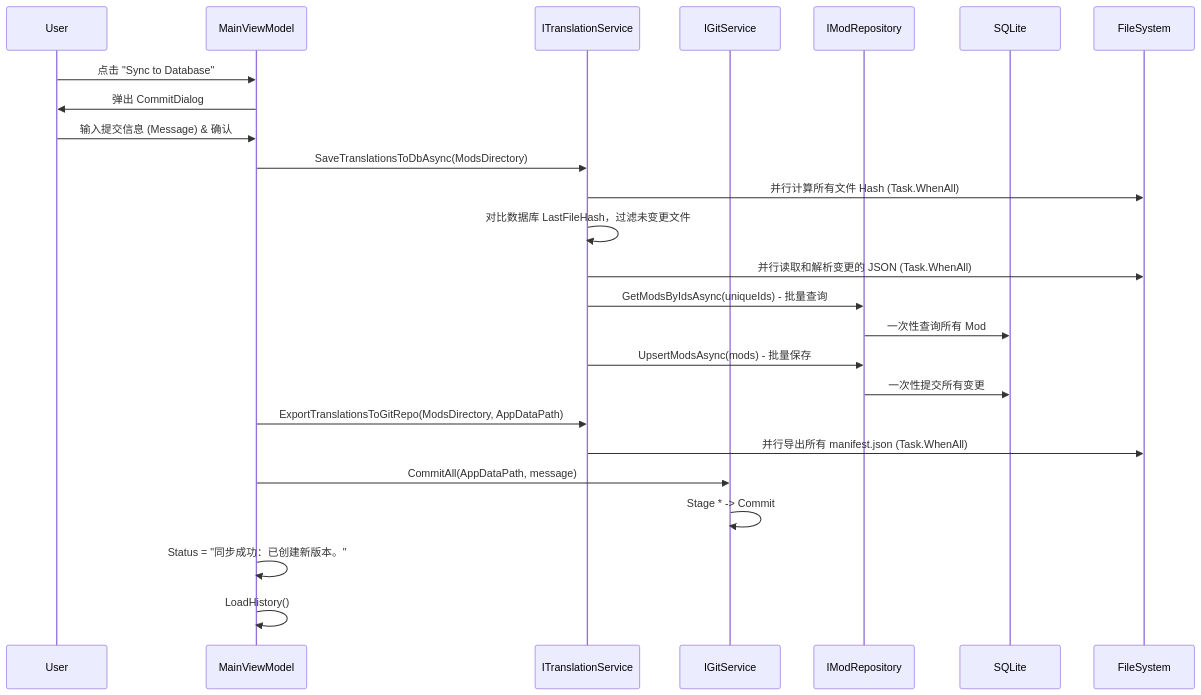
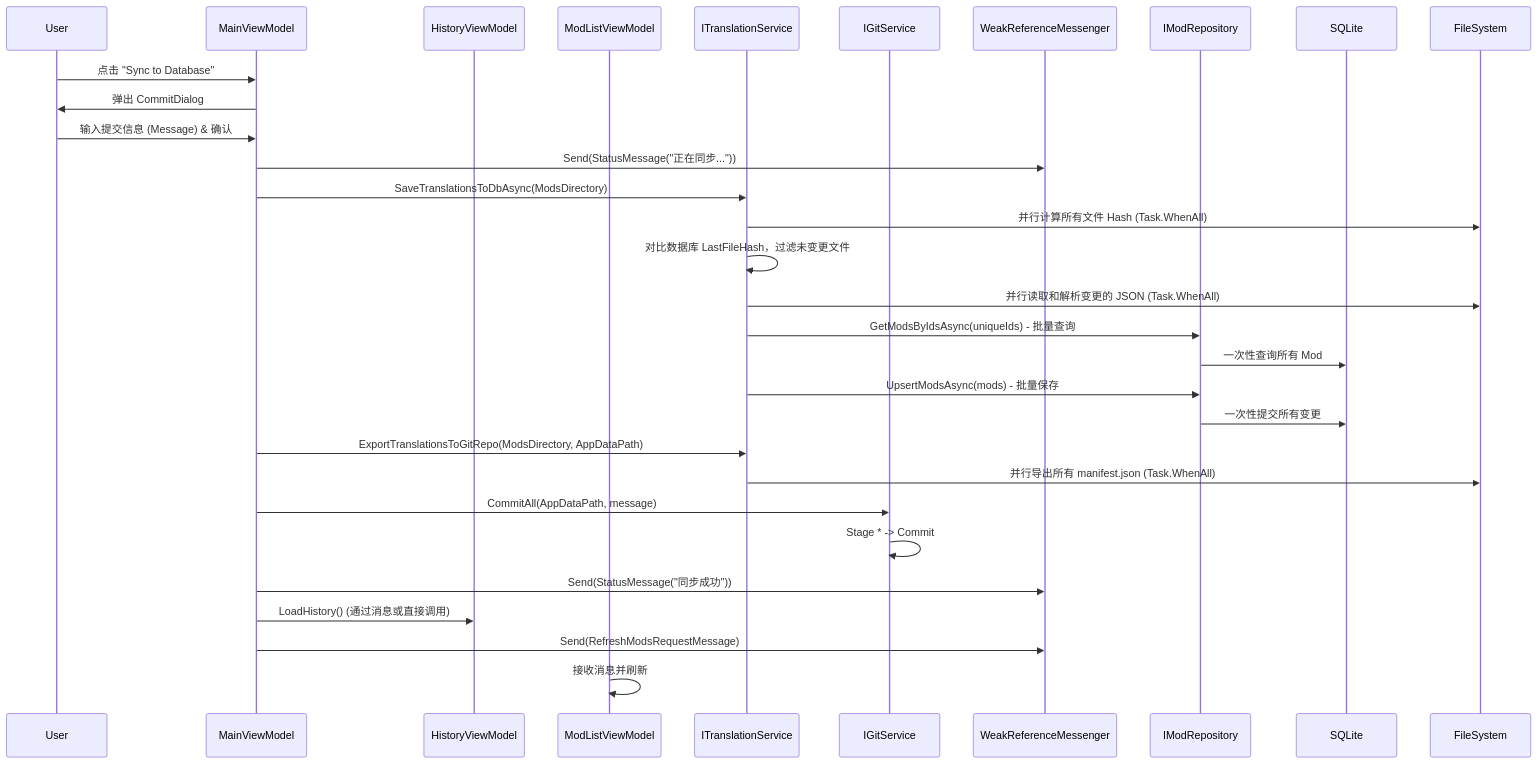
One commit to Sisyphean-a/SMTMS changed the eighth of 11 diagrams in docs/ARCHITECTURE.md. Above: the diagram before and after it, drawn with Mermaid. The commit also changed other lines of this file and 12 other files, not shown here.

````diff
--- a/docs/ARCHITECTURE.md
+++ b/docs/ARCHITECTURE.md
@@ -278,32 +302,38 @@
 ```mermaid
 sequenceDiagram
     participant U as User
-    participant VM as MainViewModel
+    participant MainVM as MainViewModel
+    participant HistoryVM as HistoryViewModel
+    participant ModListVM as ModListViewModel
     participant TS as ITranslationService
     participant GB as IGitService
+    participant Msg as WeakReferenceMessenger
     participant Repo as IModRepository
     participant DB as SQLite
     participant FS as FileSystem
 
-    U->>VM: 点击 "Sync to Database"
-    VM->>U: 弹出 CommitDialog
-    U->>VM: 输入提交信息 (Message) & 确认
+    U->>MainVM: 点击 "Sync to Database"
+    MainVM->>U: 弹出 CommitDialog
+    U->>MainVM: 输入提交信息 (Message) & 确认
 
-    VM->>TS: SaveTranslationsToDbAsync(ModsDirectory)
+    MainVM->>Msg: Send(StatusMessage("正在同步..."))
+    MainVM->>TS: SaveTranslationsToDbAsync(ModsDirectory)
     TS->>FS: 并行计算所有文件 Hash (Task.WhenAll)
     TS->>TS: 对比数据库 LastFileHash，过滤未变更文件
     TS->>FS: 并行读取和解析变更的 JSON (Task.WhenAll)
     TS->>Repo: GetModsByIdsAsync(uniqueIds) - 批量查询
     Repo->>DB: 一次性查询所有 Mod
     TS->>Repo: UpsertModsAsync(mods) - 批量保存
     Repo->>DB: 一次性提交所有变更
 
-    VM->>TS: ExportTranslationsToGitRepo(ModsDirectory, AppDataPath)
+    MainVM->>TS: ExportTranslationsToGitRepo(ModsDirectory, AppDataPath)
     TS->>FS: 并行导出所有 manifest.json (Task.WhenAll)
 
-    VM->>GB: CommitAll(AppDataPath, message)
+    MainVM->>GB: CommitAll(AppDataPath, message)
     GB->>GB: Stage * -> Commit
 
-    VM->>VM: Status = "同步成功：已创建新版本。"
-    VM->>VM: LoadHistory()
+    MainVM->>Msg: Send(StatusMessage("同步成功"))
+    MainVM->>HistoryVM: LoadHistory() (通过消息或直接调用)
+    MainVM->>Msg: Send(RefreshModsRequestMessage)
+    ModListVM->>ModListVM: 接收消息并刷新
 ```
````
